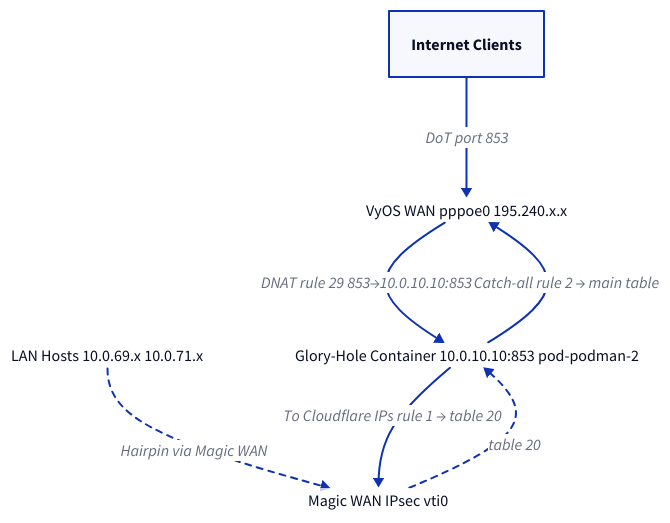
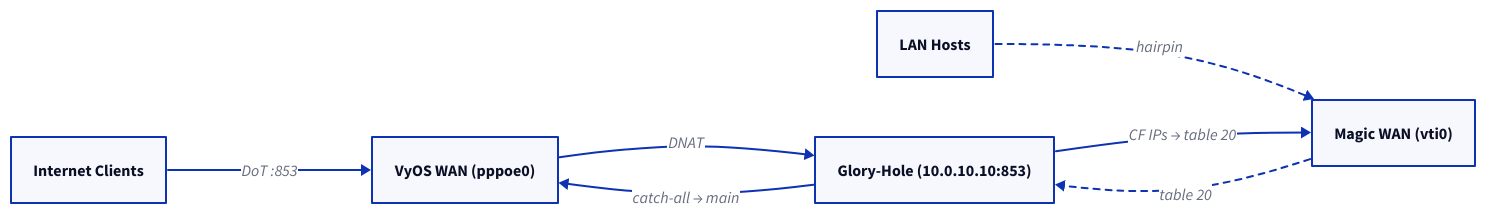
The first of 2 diagrams in src/content/docs/guides/vyos-dot.mdx (erfianugrah/lexicanum), drawn with D2 before and after one commit. The commit also changed other lines of this file and 4 other files, not shown here.

First line of the commit message:
docs: update GH Actions guide and optimize D2 diagram layouts

````diff
--- a/src/content/docs/guides/vyos-dot.mdx
+++ b/src/content/docs/guides/vyos-dot.mdx
@@ -11,35 +11,16 @@
 ```d2
-direction: down
+direction: right
 
 Internet: Internet Clients
+WAN: VyOS WAN (pppoe0)
+Container: Glory-Hole (10.0.10.10:853)
+LAN: LAN Hosts
+MagicWAN: Magic WAN (vti0)
 
-WAN: |md
-  VyOS WAN
-  pppoe0
-  195.240.x.x
-|
-
-Container: |md
-  Glory-Hole Container
-  10.0.10.10:853
-  pod-podman-2
-|
-
-LAN: |md
-  LAN Hosts
-  10.0.69.x
-  10.0.71.x
-|
-
-MagicWAN: |md
-  Magic WAN
-  IPsec vti0
-|
-
-Internet -> WAN: DoT port 853
-WAN -> Container: "DNAT rule 29 853→10.0.10.10:853"
-LAN -> MagicWAN: "Hairpin via Magic WAN" {style.stroke-dash: 3}
+Internet -> WAN: DoT :853
+WAN -> Container: DNAT
+LAN -> MagicWAN: hairpin {style.stroke-dash: 3}
 MagicWAN -> Container: table 20 {style.stroke-dash: 3}
-Container -> MagicWAN: "To Cloudflare IPs rule 1 → table 20"
-Container -> WAN: "Catch-all rule 2 → main table"
+Container -> MagicWAN: CF IPs → table 20
+Container -> WAN: catch-all → main
 ```
````
